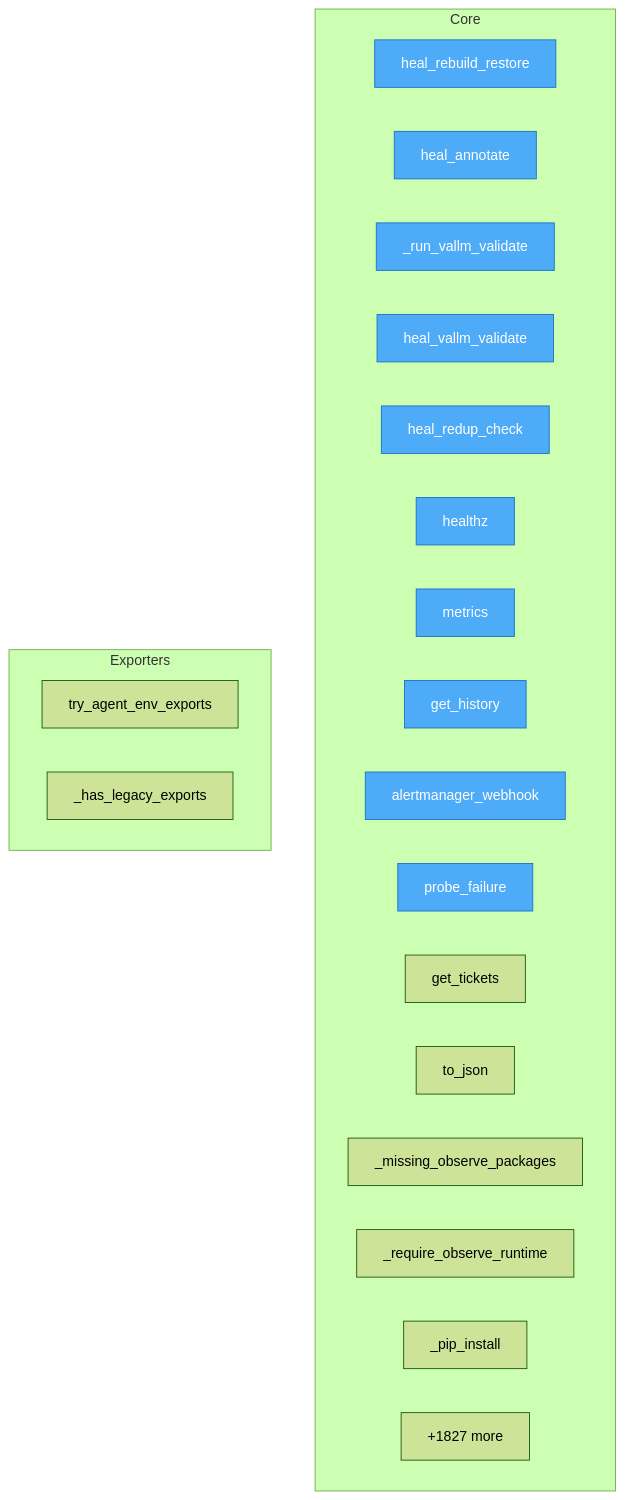
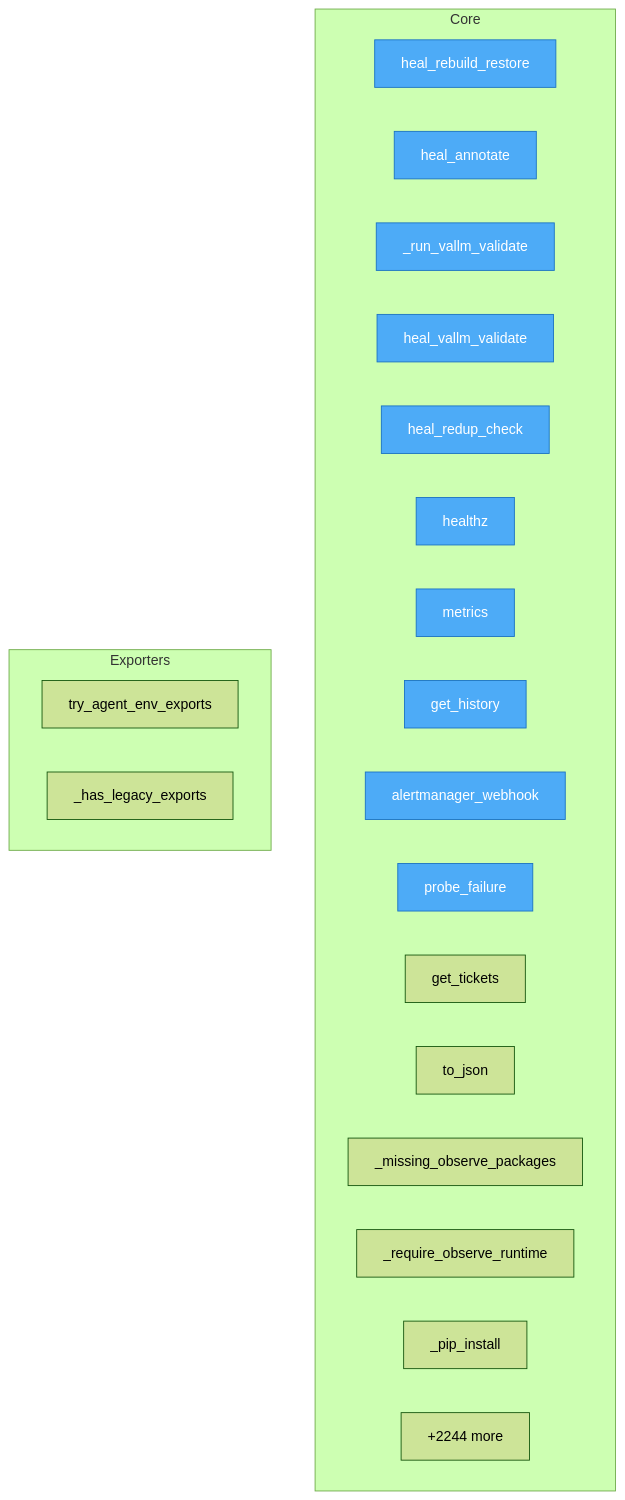
Before and after one commit to semcod/koru: the diagram in project/flow.mmd, drawn with Mermaid (forest theme). The commit also changed 34 other files, not shown here.

```diff
--- a/project/flow.mmd
+++ b/project/flow.mmd
@@ -1,31 +1,31 @@
 flowchart TD
-%% generated in 0.12s
+%% generated in 0.25s
 
     %% Entry points (blue)
     classDef entry fill:#4dabf7,stroke:#1971c2,color:#fff
 
     subgraph Core
         services__healing_webhook__app__heal_rebuild_restore["heal_rebuild_restore"]
         services__healing_webhook__app__heal_annotate["heal_annotate"]
         services__healing_webhook__app___run_vallm_validate["_run_vallm_validate"]
         services__healing_webhook__app__heal_vallm_validate["heal_vallm_validate"]
         services__healing_webhook__app__heal_redup_check["heal_redup_check"]
         services__healing_webhook__app__healthz["healthz"]
         services__healing_webhook__app__metrics["metrics"]
         services__healing_webhook__app__get_history["get_history"]
         services__healing_webhook__app__alertmanager_webhook["alertmanager_webhook"]
         services__healing_webhook__app__probe_failure["probe_failure"]
         services__healing_webhook__app__get_tickets["get_tickets"]
         src__koruobserve__lifecycle__ObserveProcesses__to_json["to_json"]
         src__koruobserve__cli___missing_observe_packages["_missing_observe_packages"]
         src__koruobserve__cli___require_observe_runtime["_require_observe_runtime"]
         src__koruobserve__cli___pip_install["_pip_install"]
-        ...["+1827 more"]
+        ...["+2244 more"]
     end
 
     subgraph Exporters
         src__koru__agent_cli_helpers__try_agent_env_exports["try_agent_env_exports"]
         src__koru__cli___has_legacy_exports["_has_legacy_exports"]
     end
 
     class services__healing_webhook__app__heal_rebuild_restore,services__healing_webhook__app__heal_annotate,services__healing_webhook__app___run_vallm_validate,services__healing_webhook__app__heal_vallm_validate,services__healing_webhook__app__heal_redup_check,services__healing_webhook__app__healthz,services__healing_webhook__app__metrics,services__healing_webhook__app__get_history,services__healing_webhook__app__alertmanager_webhook,services__healing_webhook__app__probe_failure entry
```
